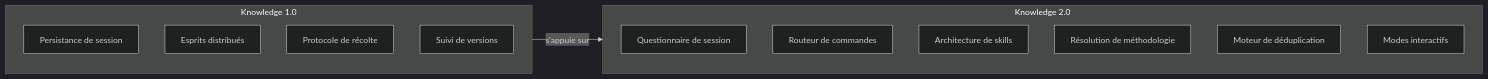
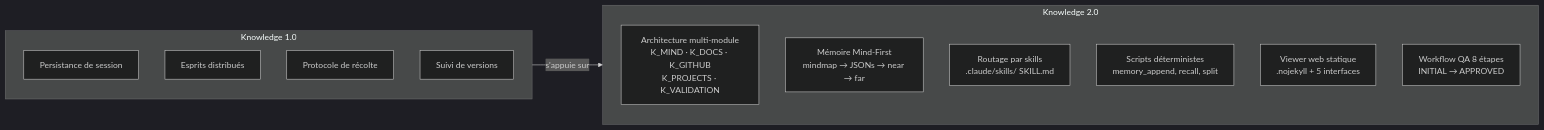
Before and after one commit to packetqc/K_DOCS: the first of 4 diagrams in docs/fr/publications/knowledge-2.0/full/index.md, drawn with Mermaid (dark theme). The commit also changed other lines of this file and 1 other file, not shown here.

First line of the commit message:
docs: update knowledge-2.0 mermaid diagrams to K2.0 architecture

````diff
--- a/docs/fr/publications/knowledge-2.0/full/index.md
+++ b/docs/fr/publications/knowledge-2.0/full/index.md
@@ -96,22 +96,22 @@
 ```mermaid
 flowchart LR
     subgraph V1["Knowledge 1.0"]
         direction TB
         P1["Persistance de session"]
         P2["Esprits distribués"]
         P3["Protocole de récolte"]
         P4["Suivi de versions"]
     end
 
     subgraph V2["Knowledge 2.0"]
         direction TB
-        Q1["Questionnaire de session"]
-        Q2["Routeur de commandes"]
-        Q3["Architecture de skills"]
-        Q4["Résolution de méthodologie"]
-        Q5["Moteur de déduplication"]
-        Q6["Modes interactifs"]
+        Q1["Architecture multi-module<br/>K_MIND · K_DOCS · K_GITHUB<br/>K_PROJECTS · K_VALIDATION"]
+        Q2["Mémoire Mind-First<br/>mindmap → JSONs → near → far"]
+        Q3["Routage par skills<br/>.claude/skills/ SKILL.md"]
+        Q4["Scripts déterministes<br/>memory_append, recall, split"]
+        Q5["Viewer web statique<br/>.nojekyll + 5 interfaces"]
+        Q6["Workflow QA 8 étapes<br/>INITIAL → APPROVED"]
     end
 
     V1 -->|"s'appuie sur"| V2
 ```
````
